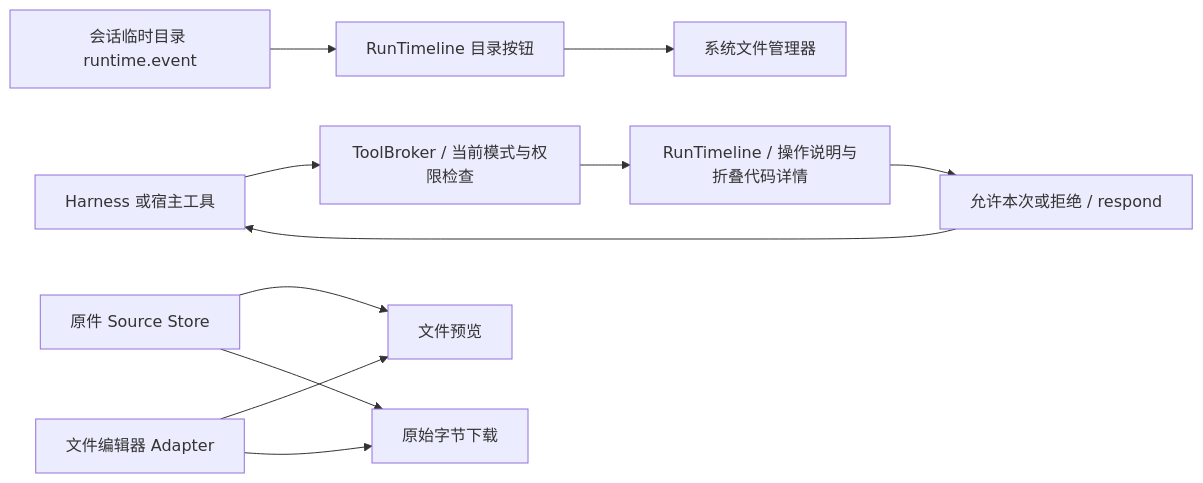
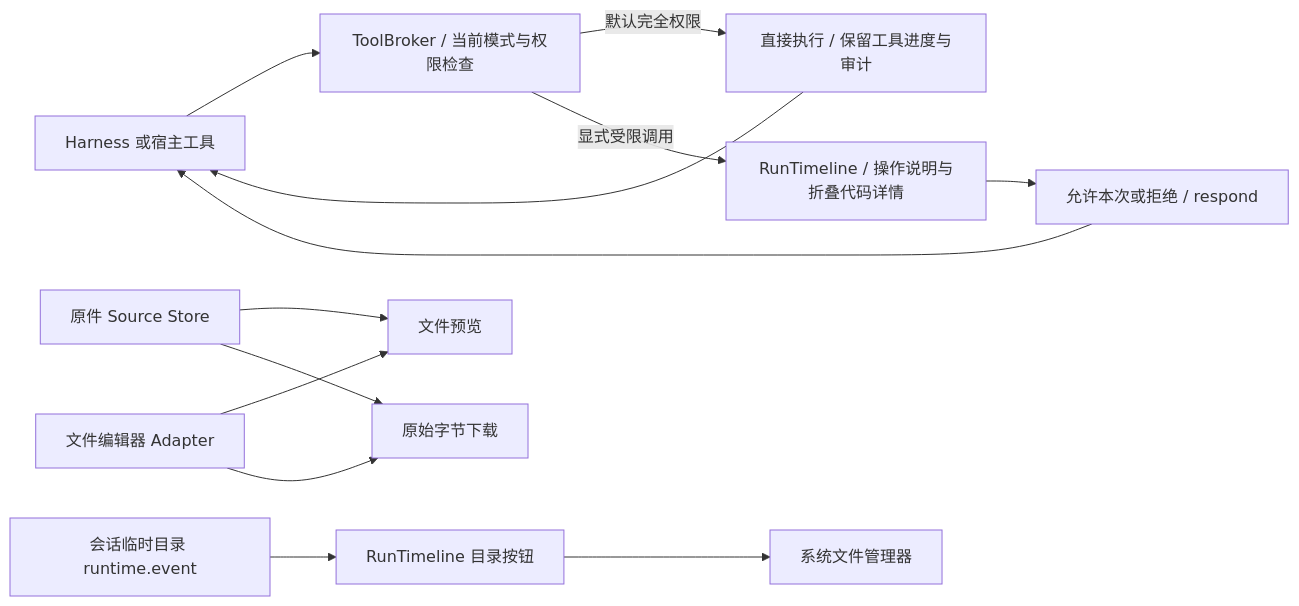
The second of 3 diagrams in docs/architecture/chat-file-interactions.md (zhangxinggang/momo-ai), drawn with Mermaid before and after one commit. The commit also changed other lines of this file and 168 other files, not shown here.

````diff
--- a/docs/architecture/chat-file-interactions.md
+++ b/docs/architecture/chat-file-interactions.md
@@ -27,13 +27,15 @@
 ```mermaid
 flowchart LR
   Tool[Harness 或宿主工具] --> Policy[ToolBroker / 当前模式与权限检查]
-  Policy --> Approval[RunTimeline / 操作说明与折叠代码详情]
+  Policy -->|默认完全权限| Execute[直接执行 / 保留工具进度与审计]
+  Execute --> Tool
+  Policy -->|显式受限调用| Approval[RunTimeline / 操作说明与折叠代码详情]
   Approval --> Response[允许本次或拒绝 / respond]
   Response --> Tool
   Host[会话临时目录 runtime.event] --> Directory[RunTimeline 目录按钮]
   Directory --> Shell[系统文件管理器]
   Source[原件 Source Store] --> Preview[文件预览]
   Adapter[文件编辑器 Adapter] --> Preview
   Source --> Download[原始字节下载]
   Adapter --> Download
 ```
````
